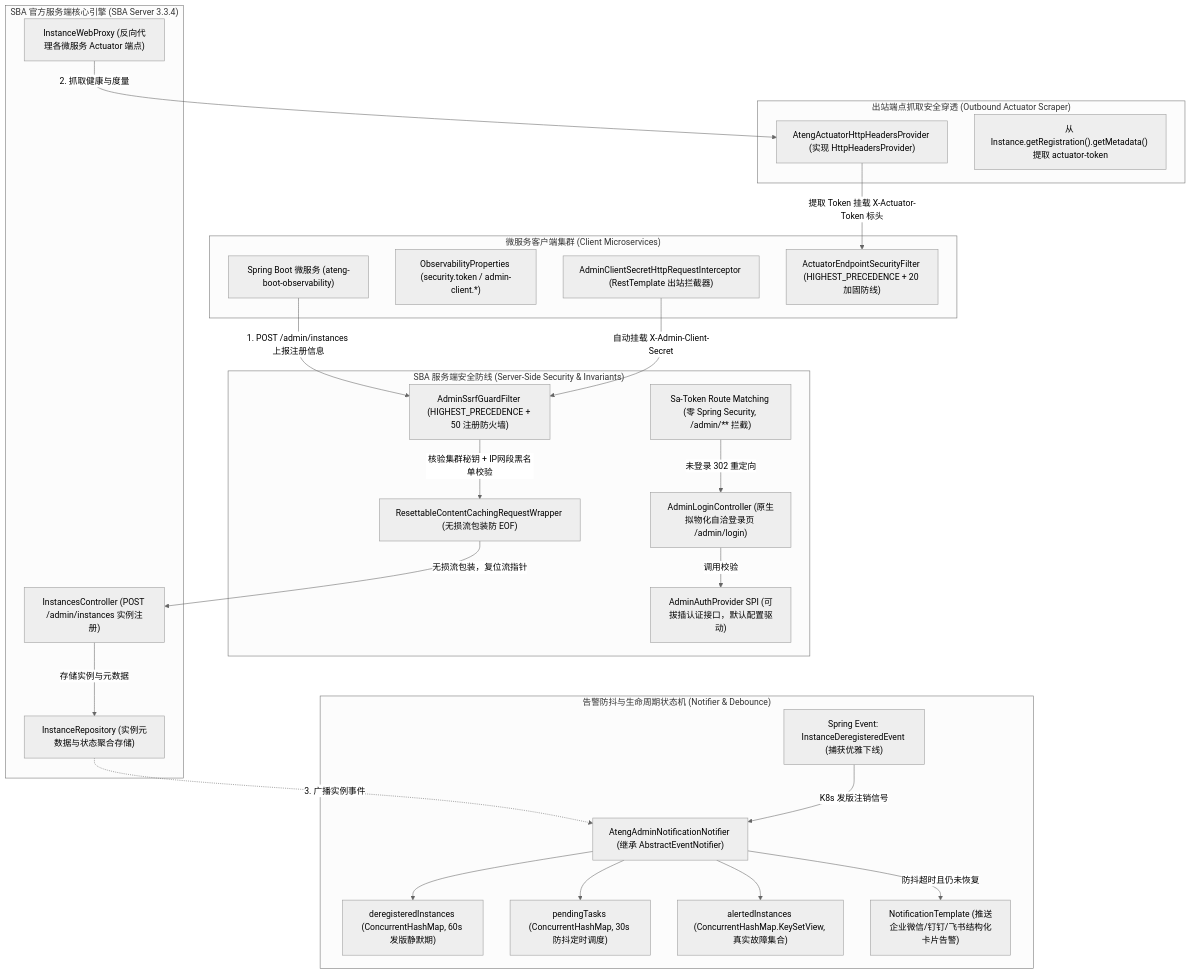
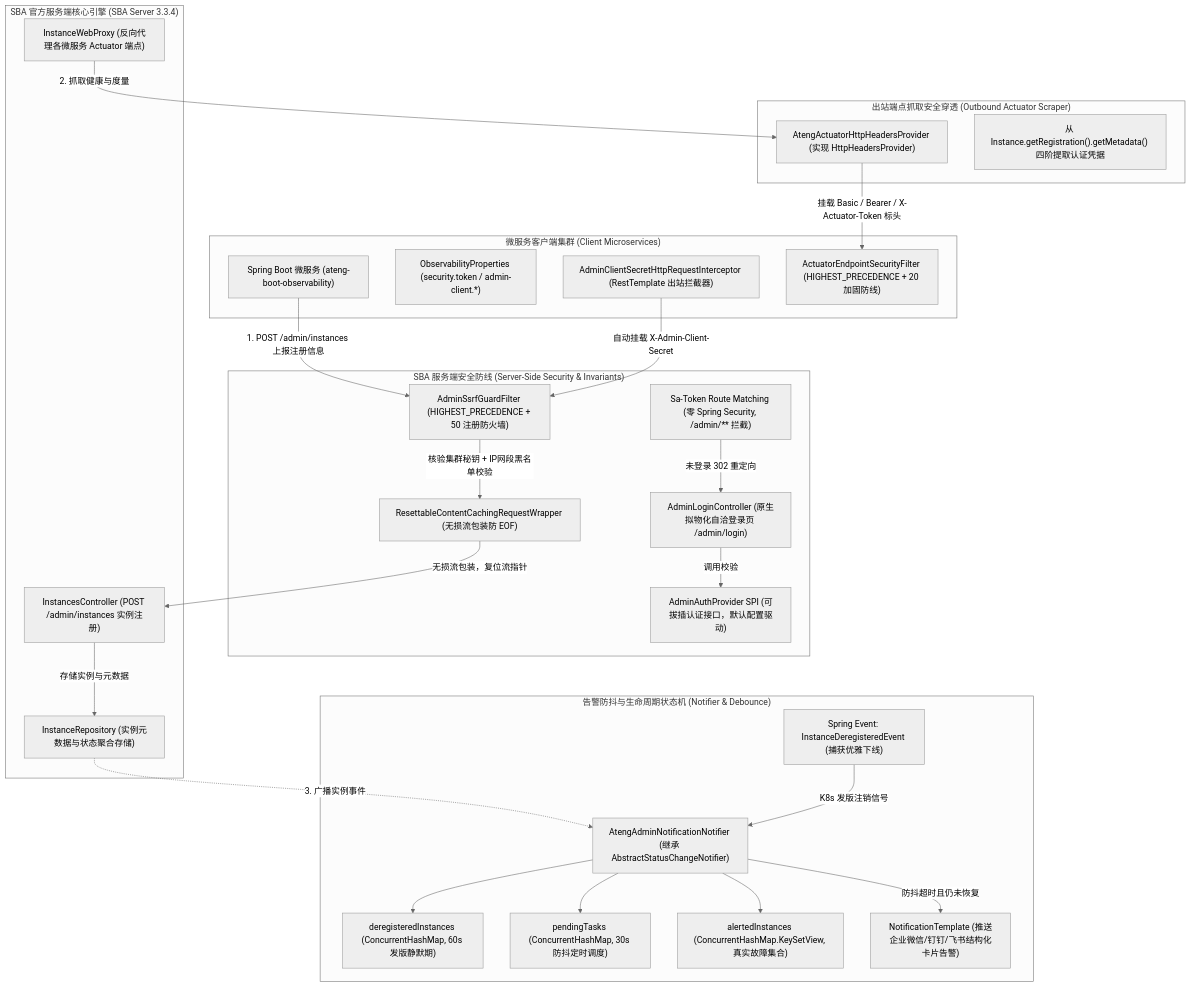
The first of 2 diagrams in docs/adr/0055-spring-boot-admin-production-monitoring-and-security-architecture.md (atengk/ateng-boot), drawn with Mermaid (neutral theme) before and after one commit. The commit also changed other lines of this file and 3 other files, not shown here.

````diff
--- a/docs/adr/0055-spring-boot-admin-production-monitoring-and-security-architecture.md
+++ b/docs/adr/0055-spring-boot-admin-production-monitoring-and-security-architecture.md
@@ -30,57 +30,57 @@
 ```mermaid
 flowchart TD
     subgraph ClientCluster["微服务客户端集群 (Client Microservices)"]
         CLIENT_BOOT["Spring Boot 微服务 (ateng-boot-observability)"]
         CLIENT_OBS["ObservabilityProperties (security.token / admin-client.*)"]
         CLIENT_INTERCEPTOR["AdminClientSecretHttpRequestInterceptor (RestTemplate 出站拦截器)"]
         CLIENT_ACTUATOR["ActuatorEndpointSecurityFilter (HIGHEST_PRECEDENCE + 20 加固防线)"]
     end
 
     subgraph SecurityDefense["SBA 服务端安全防线 (Server-Side Security & Invariants)"]
         SSRF_FILTER["AdminSsrfGuardFilter (HIGHEST_PRECEDENCE + 50 注册防火墙)"]
         WRAPPER["ResettableContentCachingRequestWrapper (无损流包装防 EOF)"]
         AUTH_ROUTER["Sa-Token Route Matching (零 Spring Security, /admin/** 拦截)"]
         LOGIN_CTRL["AdminLoginController (原生拟物化自洽登录页 /admin/login)"]
         AUTH_SPI["AdminAuthProvider SPI (可拔插认证接口，默认配置驱动)"]
     end
 
     subgraph SBAServerCore["SBA 官方服务端核心引擎 (SBA Server 3.3.4)"]
         INSTANCES_CTRL["InstancesController (POST /admin/instances 实例注册)"]
         INST_REPO["InstanceRepository (实例元数据与状态聚合存储)"]
         DISPATCHER["InstanceWebProxy (反向代理各微服务 Actuator 端点)"]
     end
 
     subgraph StateMachineNotifier["告警防抖与生命周期状态机 (Notifier & Debounce)"]
-        DEBOUNCE_MGR["AtengAdminNotificationNotifier (继承 AbstractEventNotifier)"]
+        DEBOUNCE_MGR["AtengAdminNotificationNotifier (继承 AbstractStatusChangeNotifier)"]
         EVENT_BUS["Spring Event: InstanceDeregisteredEvent (捕获优雅下线)"]
         SILENT_MAP["deregisteredInstances (ConcurrentHashMap, 60s 发版静默期)"]
         PENDING_TASKS["pendingTasks (ConcurrentHashMap, 30s 防抖定时调度)"]
         ALERTED_SET["alertedInstances (ConcurrentHashMap.KeySetView, 真实故障集合)"]
         CARD_PUSH["NotificationTemplate (推送企业微信/钉钉/飞书结构化卡片告警)"]
     end
 
     subgraph OutboundScraper["出站端点抓取安全穿透 (Outbound Actuator Scraper)"]
         HEADER_PROVIDER["AtengActuatorHttpHeadersProvider (实现 HttpHeadersProvider)"]
-        TOKEN_EXTRACT["从 Instance.getRegistration().getMetadata() 提取 actuator-token"]
+        TOKEN_EXTRACT["从 Instance.getRegistration().getMetadata() 四阶提取认证凭据"]
     end
 
     CLIENT_BOOT -->|1. POST /admin/instances 上报注册信息| SSRF_FILTER
     CLIENT_INTERCEPTOR -->|自动挂载 X-Admin-Client-Secret| SSRF_FILTER
     
     SSRF_FILTER -->|核验集群秘钥 + IP网段黑名单校验| WRAPPER
     WRAPPER -->|无损流包装，复位流指针| INSTANCES_CTRL
     INSTANCES_CTRL -->|存储实例与元数据| INST_REPO
 
     AUTH_ROUTER -->|未登录 302 重定向| LOGIN_CTRL
     LOGIN_CTRL -->|调用校验| AUTH_SPI
 
     DISPATCHER -->|2. 抓取健康与度量| HEADER_PROVIDER
-    HEADER_PROVIDER -->|提取 Token 挂载 X-Actuator-Token 标头| CLIENT_ACTUATOR
+    HEADER_PROVIDER -->|挂载 Basic / Bearer / X-Actuator-Token 标头| CLIENT_ACTUATOR
 
     INST_REPO -.->|3. 广播实例事件| DEBOUNCE_MGR
     EVENT_BUS -->|K8s 发版注销信号| DEBOUNCE_MGR
     DEBOUNCE_MGR --> SILENT_MAP
     DEBOUNCE_MGR --> PENDING_TASKS
     DEBOUNCE_MGR --> ALERTED_SET
     DEBOUNCE_MGR -->|防抖超时且仍未恢复| CARD_PUSH
 ```
````
